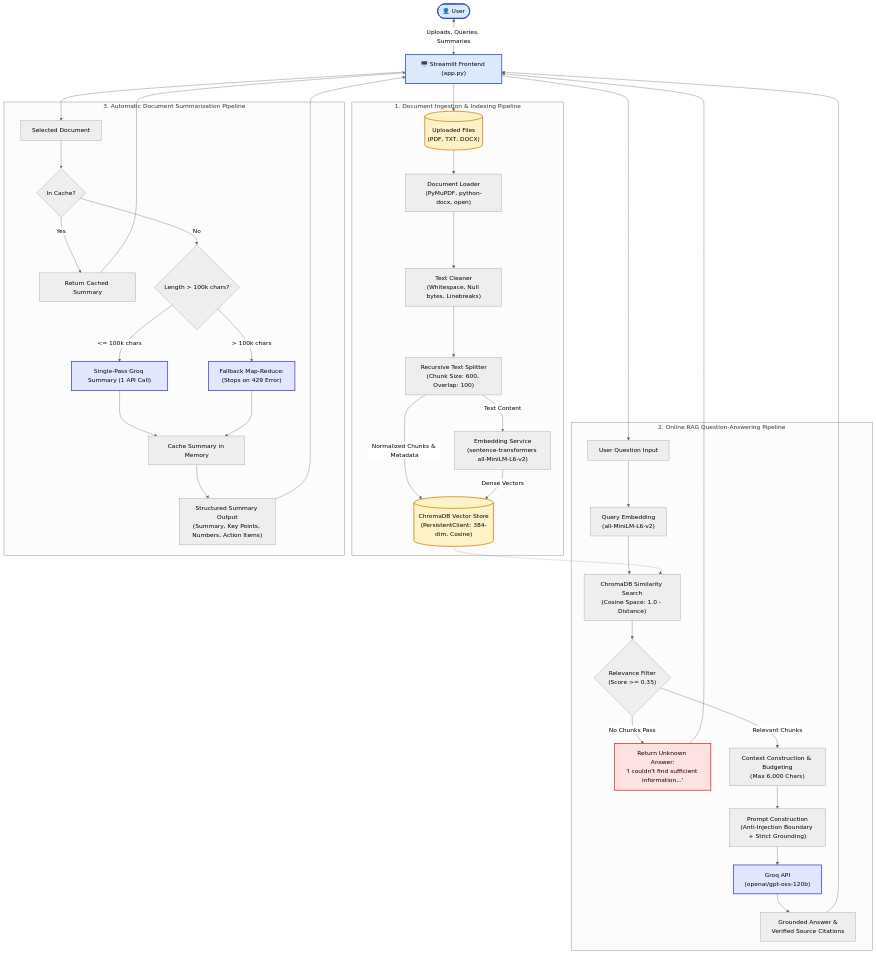
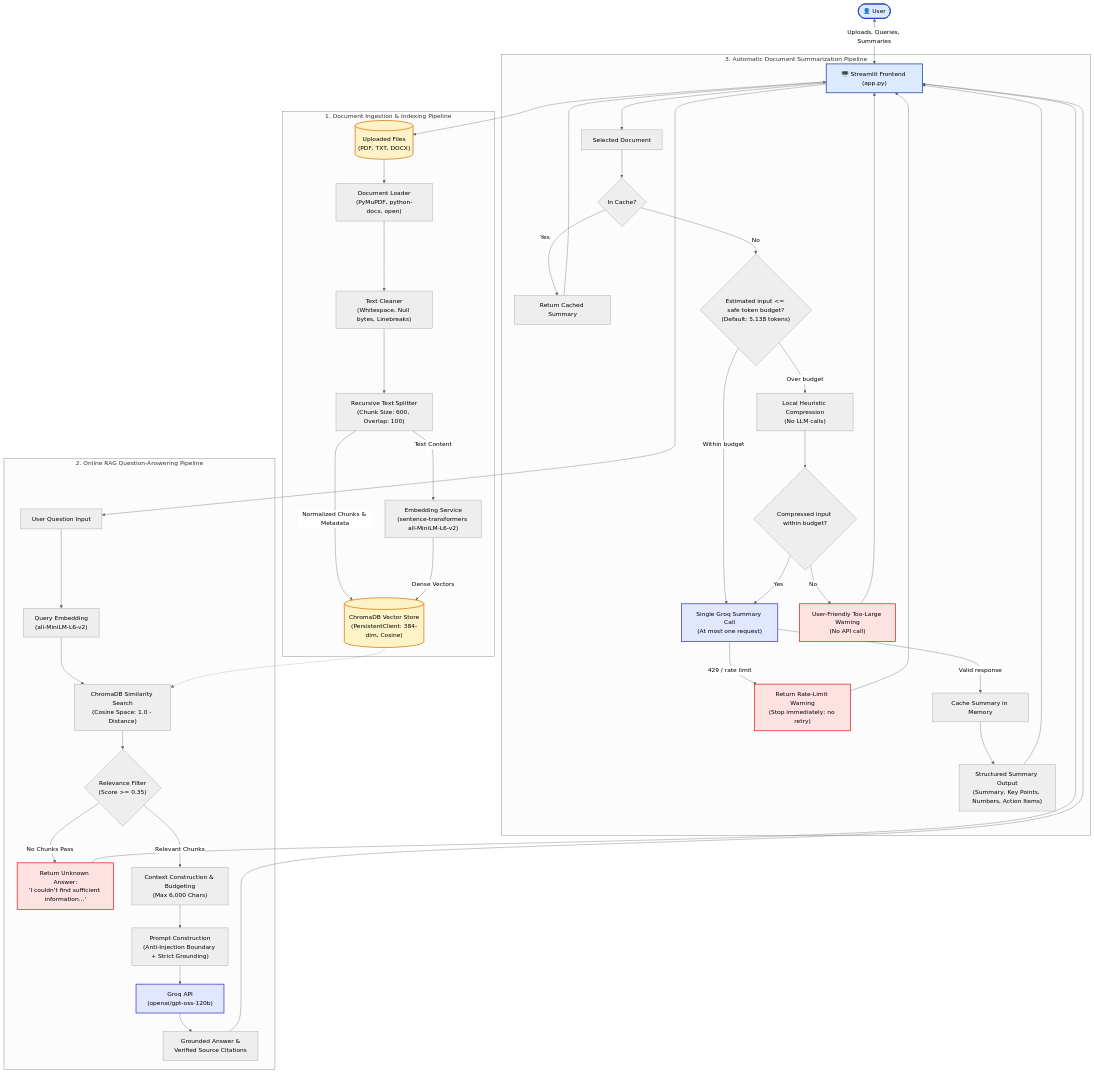
Before and after one commit to ChandraShekar00001/Smart-Document-Assistant: the diagram in docs/architecture.md, drawn with Mermaid (neutral theme). The commit also changed other lines of this file and 4 other files, not shown here.

Commit message:
Update architecture and summarization documentation

````diff
--- a/docs/architecture.md
+++ b/docs/architecture.md
@@ -67,20 +67,28 @@
         SelectDoc["Selected Document"]
         CacheCheck{"In Cache?"}
         CachedSumm["Return Cached Summary"]
-        DocLengthCheck{"Length > 100k chars?"}
-        SinglePass["Single-Pass Groq Summary (1 API Call)"]
-        MapReduce["Fallback Map-Reduce:\n(Stops on 429 Error)"]
+        TokenBudgetCheck{"Estimated input <= safe token budget?\n(Default: 5,138 tokens)"}
+        LocalCompress["Local Heuristic Compression\n(No LLM calls)"]
+        CompressedFits{"Compressed input within budget?"}
+        GroqSummary["Single Groq Summary Call\n(At most one request)"]
+        TooLargeWarning["User-Friendly Too-Large Warning\n(No API call)"]
+        RateLimitStop["Return Rate-Limit Warning\n(Stop immediately; no retry)"]
         SaveCache["Cache Summary in Memory"]
         FinalSummary["Structured Summary Output\n(Summary, Key Points, Numbers, Action Items)"]
 
         SelectDoc --> CacheCheck
         CacheCheck -- "Yes" --> CachedSumm
-        CacheCheck -- "No" --> DocLengthCheck
-        DocLengthCheck -- "<= 100k chars" --> SinglePass
-        DocLengthCheck -- "> 100k chars" --> MapReduce
-        SinglePass --> SaveCache
-        MapReduce --> SaveCache
+        CacheCheck -- "No" --> TokenBudgetCheck
+        TokenBudgetCheck -- "Within budget" --> GroqSummary
+        TokenBudgetCheck -- "Over budget" --> LocalCompress
+        LocalCompress --> CompressedFits
+        CompressedFits -- "Yes" --> GroqSummary
+        CompressedFits -- "No" --> TooLargeWarning
+        GroqSummary -- "Valid response" --> SaveCache
+        GroqSummary -- "429 / rate limit" --> RateLimitStop
         SaveCache --> FinalSummary
+        TooLargeWarning --> UI
+        RateLimitStop --> UI
     end
 
     %% Connections to UI
@@ -99,6 +107,6 @@
 
     class UI,User primary;
     class Chroma,Uploads storage;
-    class GroqLLM,SinglePass,MapReduce llm;
-    class UnknownResp reject;
+    class GroqLLM,GroqSummary llm;
+    class UnknownResp,TooLargeWarning,RateLimitStop reject;
 ```
````
